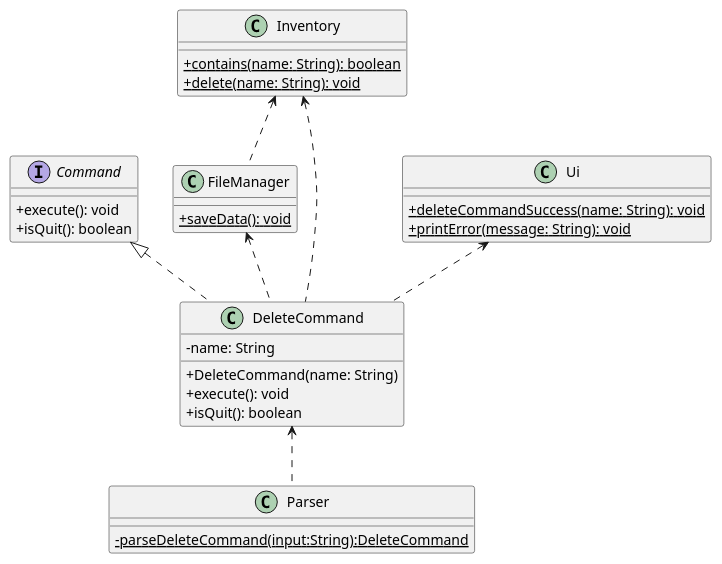
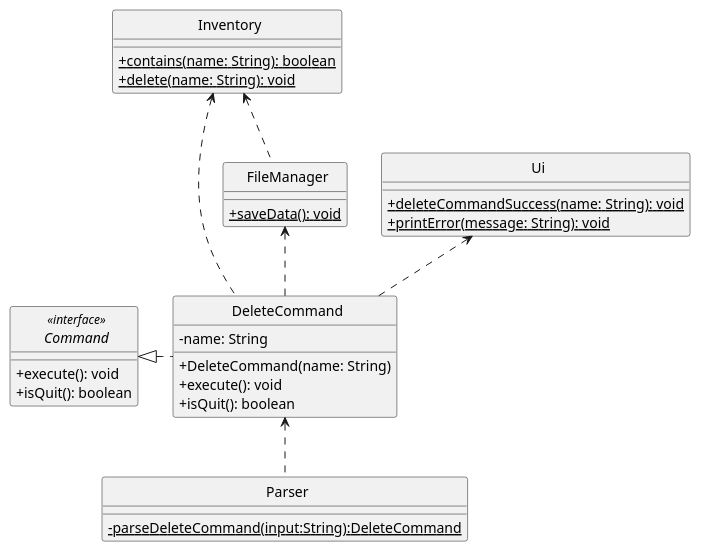
The first of 2 diagrams in docs/uml-diagrams/DeleteCommand.puml (rismm/tp), drawn with PlantUML before and after one commit. The commit also changed 14 other files, not shown here.

Commit message:
Update UML diagrams

```diff
--- a/docs/uml-diagrams/DeleteCommand.puml
+++ b/docs/uml-diagrams/DeleteCommand.puml
@@ -1,48 +1,50 @@
 @startuml
 'https://plantuml.com/sequence-diagram
 skinparam classAttributeIconSize 0
+skinparam CircledCharacterFontSize 0
+skinparam CircledCharacterRadius 0
 
 abstract class Command
 class Inventory
 class FileManager
 class Ui
 class Parser
 class DeleteCommand
 
-Command <|.. DeleteCommand
+Command <|. DeleteCommand
 Inventory <.. DeleteCommand
 FileManager <.. DeleteCommand
 Inventory <.. FileManager
 DeleteCommand <.. Parser
 Ui <.. DeleteCommand
 
-interface Command {
+interface Command <<interface>> {
     + execute(): void
     + isQuit(): boolean
 }
 
 class DeleteCommand {
     - name: String
     + DeleteCommand(name: String)
     + execute(): void
     + isQuit(): boolean
 }
 
 class Inventory {
     {static} + contains(name: String): boolean
     {static} + delete(name: String): void
 }
 
 class FileManager {
     {static} + saveData(): void
 }
 
 class Ui {
     {static} + deleteCommandSuccess(name: String): void
     {static} + printError(message: String): void
 }
 
 class Parser {
     {static}-parseDeleteCommand(input:String):DeleteCommand
 }
 @enduml
```
